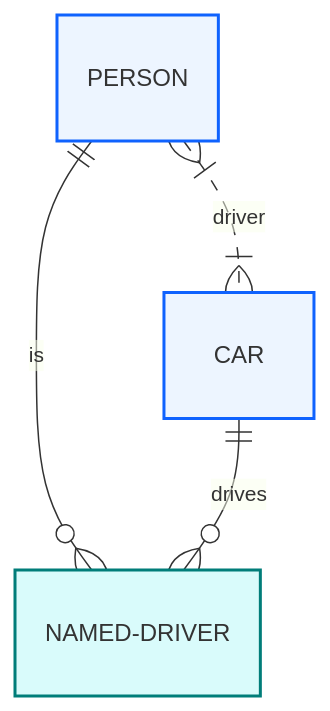
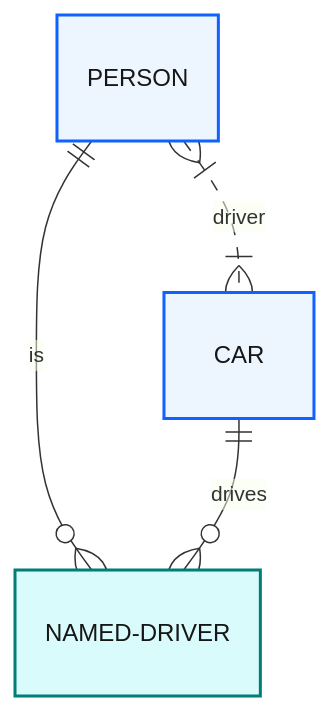
The fourth of 9 diagrams in examples/er.md (zhiweio/mermaid-illustrate), drawn with Mermaid before and after one commit. The commit also changed other lines of this file and 22 other files, not shown here.

````diff
--- a/examples/er.md
+++ b/examples/er.md
@@ -97,11 +97,11 @@
 ```mermaid
 erDiagram
     PERSON }|..|{ CAR : "driver"
     PERSON ||--o{ NAMED-DRIVER : "is"
     CAR ||--o{ NAMED-DRIVER : "drives"
 
-    classDef bpEntity fill:#edf5ff,stroke:#0f62fe,stroke-width:2px
-    classDef bpJoin fill:#d9fbfb,stroke:#007d79,stroke-width:2px
+    classDef bpEntity fill:#edf5ff,stroke:#0f62fe,stroke-width:2px,color:#161616
+    classDef bpJoin fill:#d9fbfb,stroke:#007d79,stroke-width:2px,color:#161616
     class PERSON,CAR bpEntity
     class NAMED-DRIVER bpJoin
 ```
````
